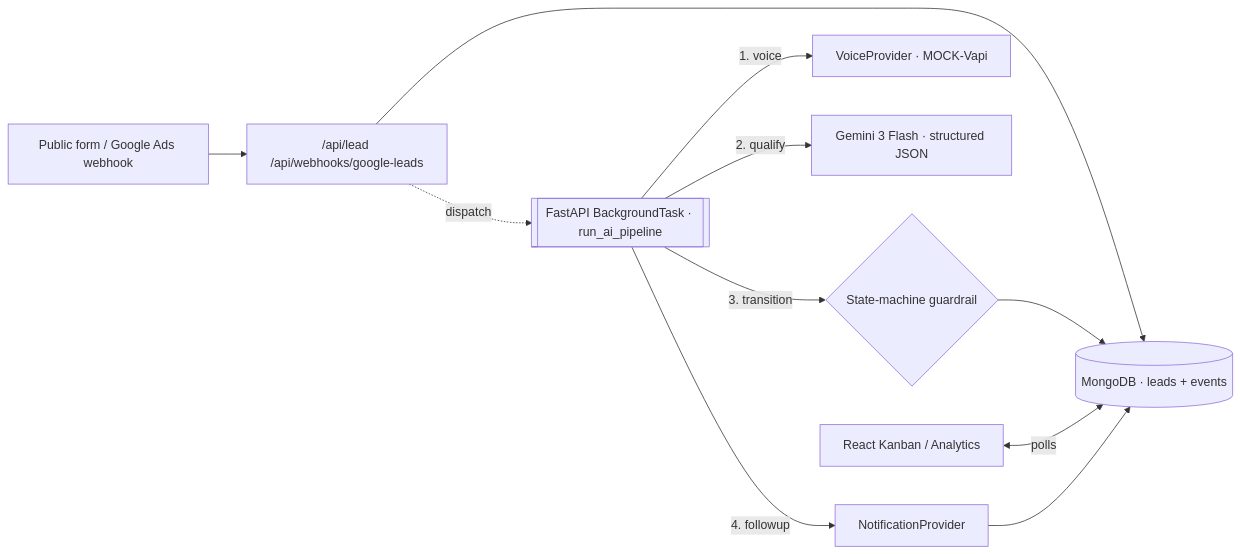
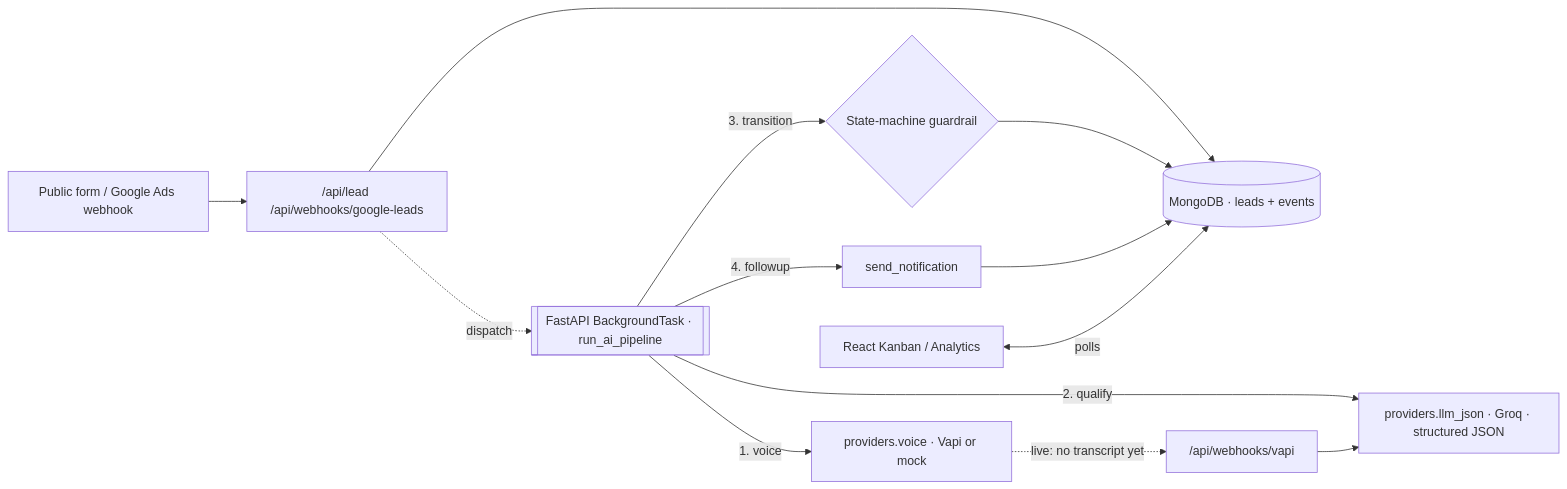
One commit to frenemy17/estatex changed the first of 2 diagrams in backend/README.md. Above: the diagram before and after it, drawn with Mermaid. The commit also changed other lines of this file and 6 other files, not shown here.

````diff
--- a/backend/README.md
+++ b/backend/README.md
@@ -32,13 +32,15 @@
 ```mermaid
 flowchart LR
   form["Public form / Google Ads webhook"] --> ingest["/api/lead /api/webhooks/google-leads"]
   ingest --> mongo[(MongoDB · leads + events)]
   ingest -.dispatch.-> bg[["FastAPI BackgroundTask · run_ai_pipeline"]]
-  bg -->|1. voice| voice[VoiceProvider · MOCK-Vapi]
-  bg -->|2. qualify| llm[Gemini 3 Flash · structured JSON]
+  bg -->|1. voice| voice["providers.voice · Vapi or mock"]
+  voice -.->|"live: no transcript yet"| hook["/api/webhooks/vapi"]
+  bg -->|2. qualify| llm["providers.llm_json · Groq · structured JSON"]
+  hook --> llm
   bg -->|3. transition| sm{State-machine guardrail}
-  bg -->|4. followup| notif[NotificationProvider]
+  bg -->|4. followup| notif[send_notification]
   sm --> mongo
   notif --> mongo
   ui[React Kanban / Analytics] <-- polls --> mongo
 ```
````
